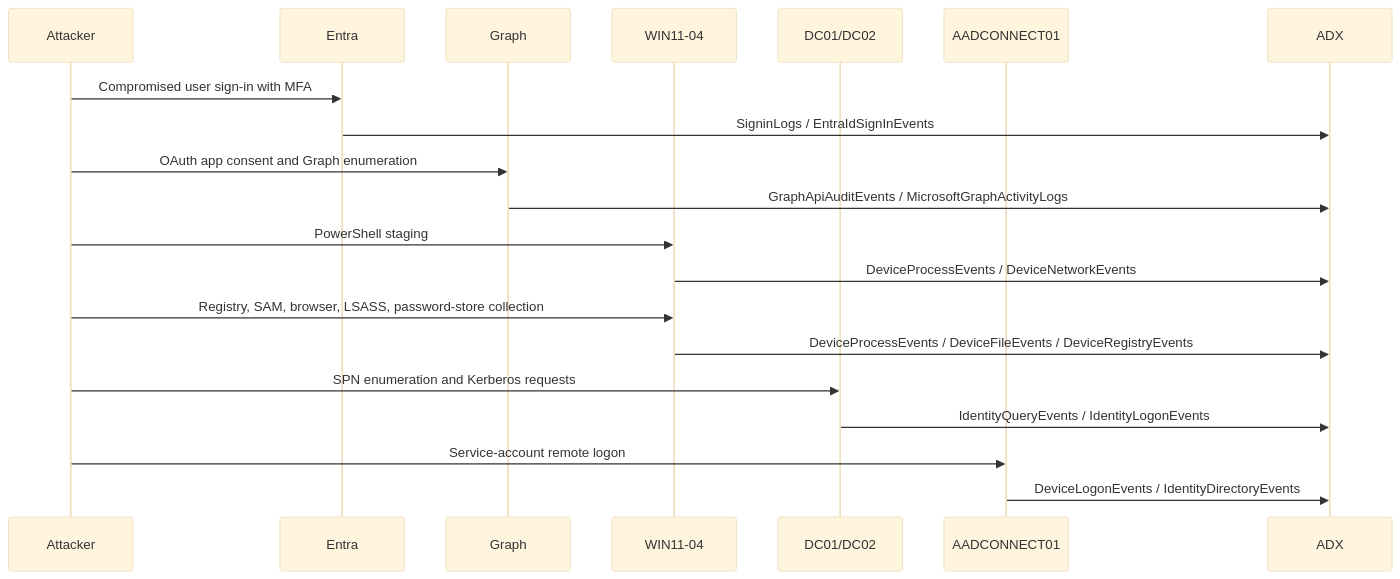
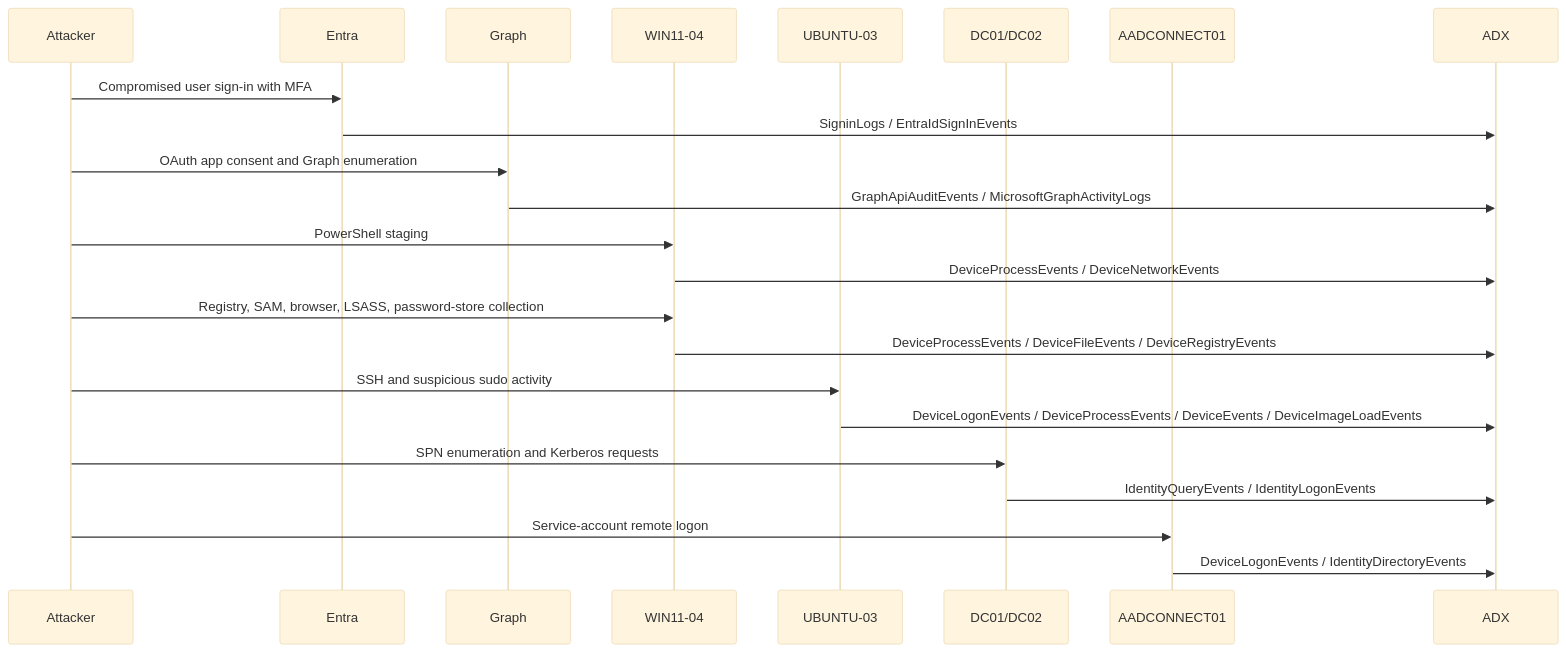
One commit to dcodev1702/Cyber-Defense-Workshop-ADX changed the second of 3 diagrams in docs/diagrams.md. Above: the diagram before and after it, drawn with Mermaid (base theme). The commit also changed other lines of this file and 54 other files, not shown here.

Commit message:
Overhaul Ubuntu Linux telemetry

````diff
--- a/docs/diagrams.md
+++ b/docs/diagrams.md
@@ -34,23 +34,26 @@
 ```mermaid
 sequenceDiagram
     participant Attacker
     participant Entra
     participant Graph
     participant WIN11 as WIN11-04
+    participant LINUX as UBUNTU-03
     participant DC as DC01/DC02
     participant AADC as AADCONNECT01
     participant ADX
 
     Attacker->>Entra: Compromised user sign-in with MFA
     Entra->>ADX: SigninLogs / EntraIdSignInEvents
     Attacker->>Graph: OAuth app consent and Graph enumeration
     Graph->>ADX: GraphApiAuditEvents / MicrosoftGraphActivityLogs
     Attacker->>WIN11: PowerShell staging
     WIN11->>ADX: DeviceProcessEvents / DeviceNetworkEvents
     Attacker->>WIN11: Registry, SAM, browser, LSASS, password-store collection
     WIN11->>ADX: DeviceProcessEvents / DeviceFileEvents / DeviceRegistryEvents
+    Attacker->>LINUX: SSH and suspicious sudo activity
+    LINUX->>ADX: DeviceLogonEvents / DeviceProcessEvents / DeviceEvents / DeviceImageLoadEvents
     Attacker->>DC: SPN enumeration and Kerberos requests
     DC->>ADX: IdentityQueryEvents / IdentityLogonEvents
     Attacker->>AADC: Service-account remote logon
     AADC->>ADX: DeviceLogonEvents / IdentityDirectoryEvents
 ```
````
